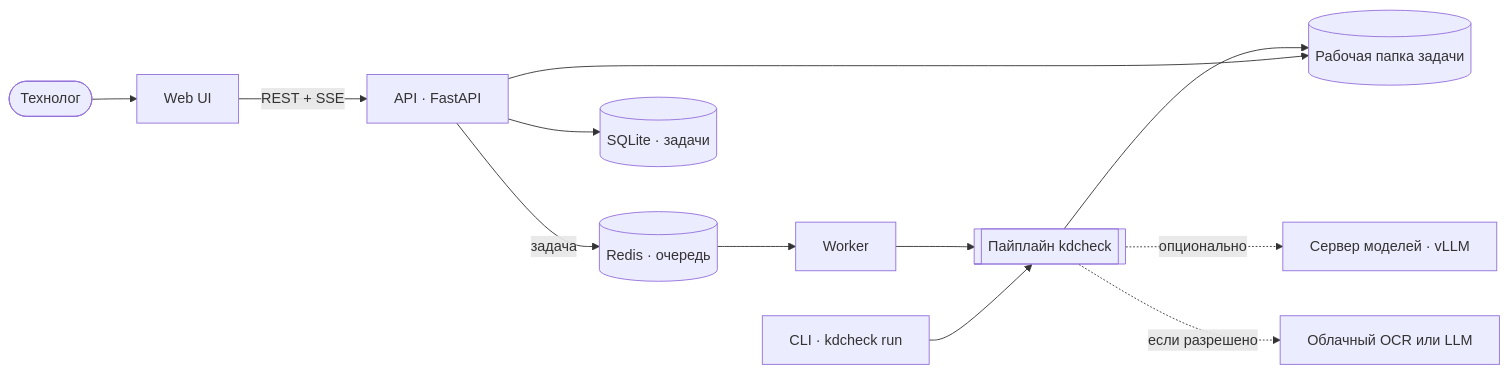
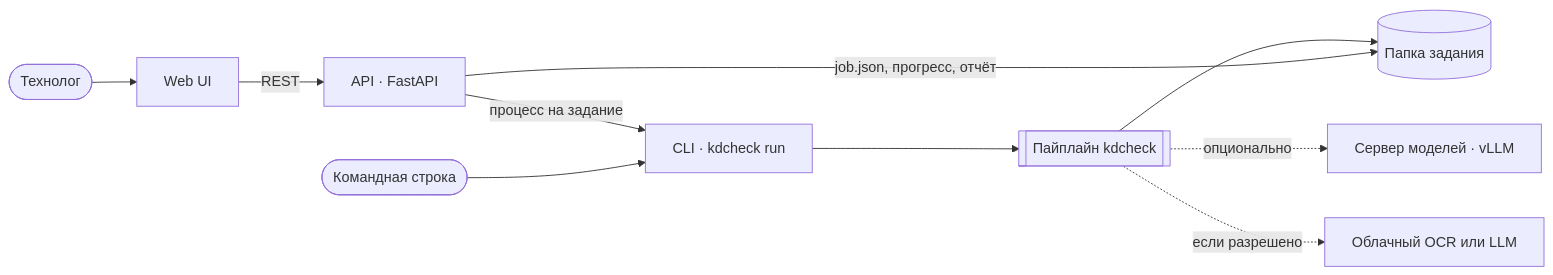
Before and after one commit to EkaterinaGrisha/ARM: the first of 3 diagrams in docs/ARCHITECTURE.md, drawn with Mermaid. The commit also changed other lines of this file and 6 other files, not shown here.

Commit message:
docs: accept ADRs 0006, 0007, 0009, 0010 and align architecture, plan and rules

````diff
--- a/docs/ARCHITECTURE.md
+++ b/docs/ARCHITECTURE.md
@@ -9,14 +11,12 @@
 ```mermaid
 flowchart LR
     T([Технолог]) --> WEB[Web UI]
-    WEB -- REST + SSE --> API[API · FastAPI]
-    API -- задача --> Q[(Redis · очередь)]
-    Q --> WRK[Worker]
-    WRK --> CORE[[Пайплайн kdcheck]]
-    CLI[CLI · kdcheck run] --> CORE
-    CORE --> FS[(Рабочая папка задачи)]
-    API --> FS
-    API --> DB[(SQLite · задачи)]
+    WEB -- REST --> API[API · FastAPI]
+    API -- процесс на задание --> RUN[CLI · kdcheck run]
+    U([Командная строка]) --> RUN
+    RUN --> CORE[[Пайплайн kdcheck]]
+    CORE --> FS[(Папка задания)]
+    API -- job.json, прогресс, отчёт --> FS
     CORE -. опционально .-> MS[Сервер моделей · vLLM]
     CORE -. если разрешено .-> CLOUD[Облачный OCR или LLM]
 ```
````
